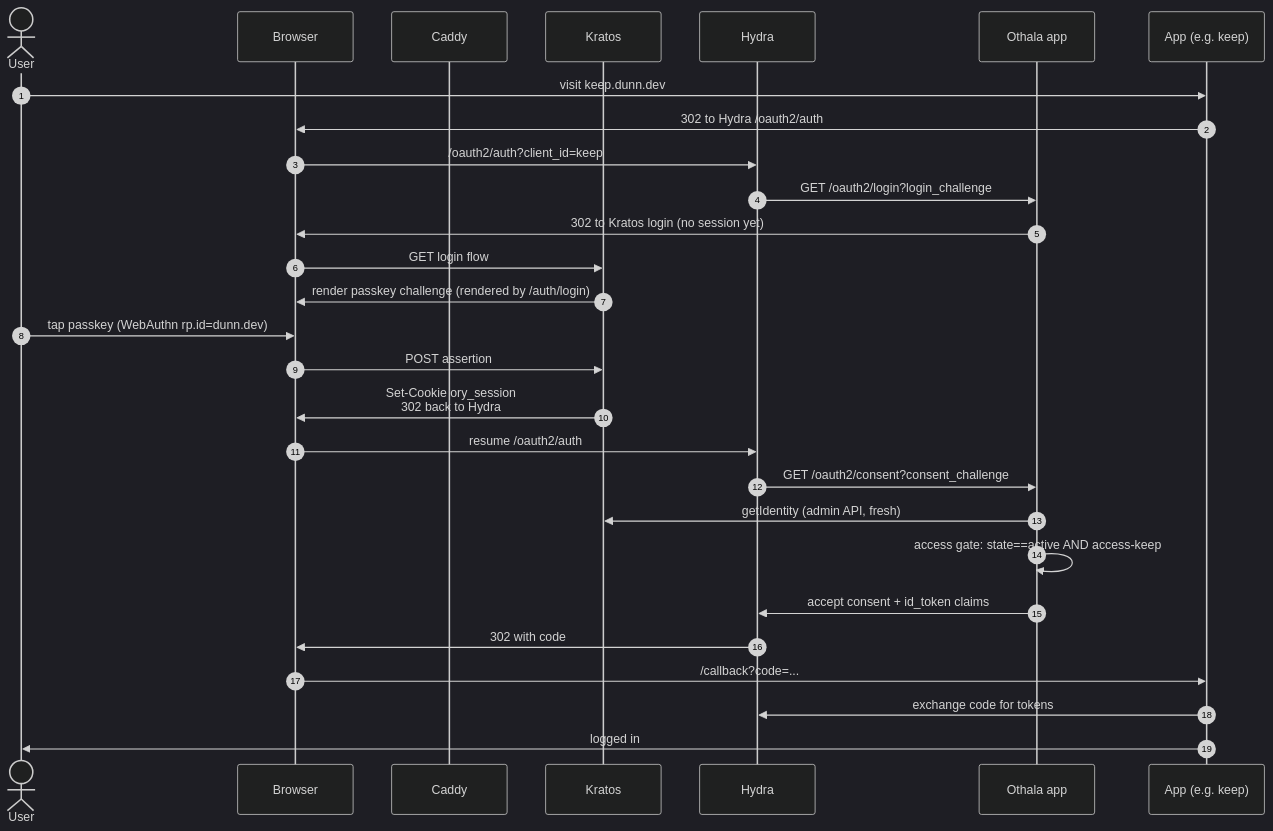
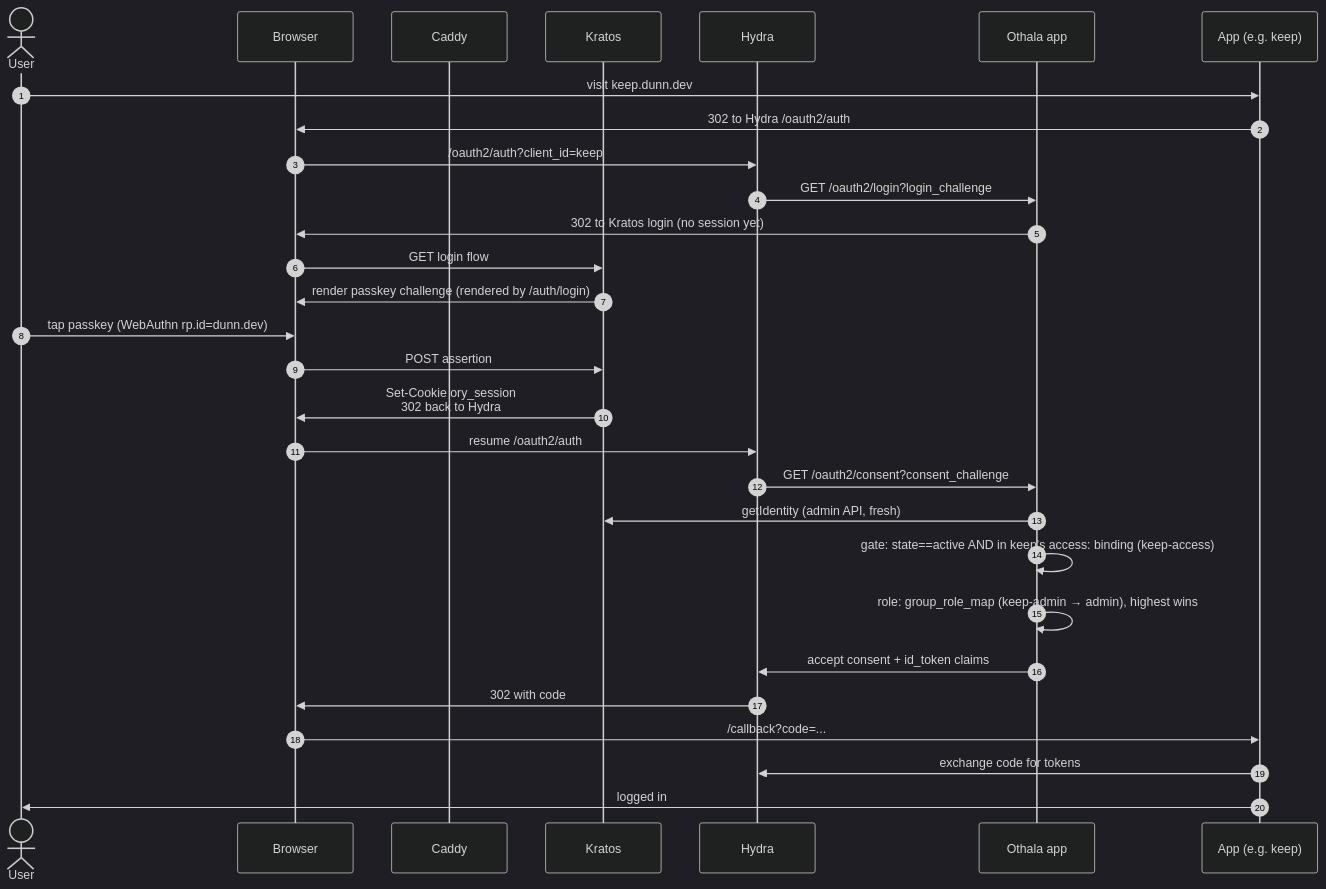
Before and after one commit to andrewdunndev/othala: the first of 3 diagrams in ARCHITECTURE.md, drawn with Mermaid (dark theme). The commit also changed other lines of this file and 88 other files, not shown here.

````diff
--- a/ARCHITECTURE.md
+++ b/ARCHITECTURE.md
@@ -445,31 +494,32 @@
 ```mermaid
 sequenceDiagram
   autonumber
   actor U as User
   participant B as Browser
   participant C as Caddy
   participant K as Kratos
   participant H as Hydra
   participant O as Othala app
   participant A as App (e.g. keep)
 
   U->>A: visit keep.dunn.dev
   A->>B: 302 to Hydra /oauth2/auth
   B->>H: /oauth2/auth?client_id=keep
   H->>O: GET /oauth2/login?login_challenge
   O->>B: 302 to Kratos login (no session yet)
   B->>K: GET login flow
   K->>B: render passkey challenge (rendered by /auth/login)
   U->>B: tap passkey (WebAuthn rp.id=dunn.dev)
   B->>K: POST assertion
   K->>B: Set-Cookie ory_session<br/>302 back to Hydra
   B->>H: resume /oauth2/auth
   H->>O: GET /oauth2/consent?consent_challenge
   O->>K: getIdentity (admin API, fresh)
-  O->>O: access gate: state==active AND access-keep
+  O->>O: gate: state==active AND in keep's access: binding (keep-access)
+  O->>O: role: group_role_map (keep-admin → admin), highest wins
   O->>H: accept consent + id_token claims
   H->>B: 302 with code
   B->>A: /callback?code=...
   A->>H: exchange code for tokens
   A->>U: logged in
 ```
````
